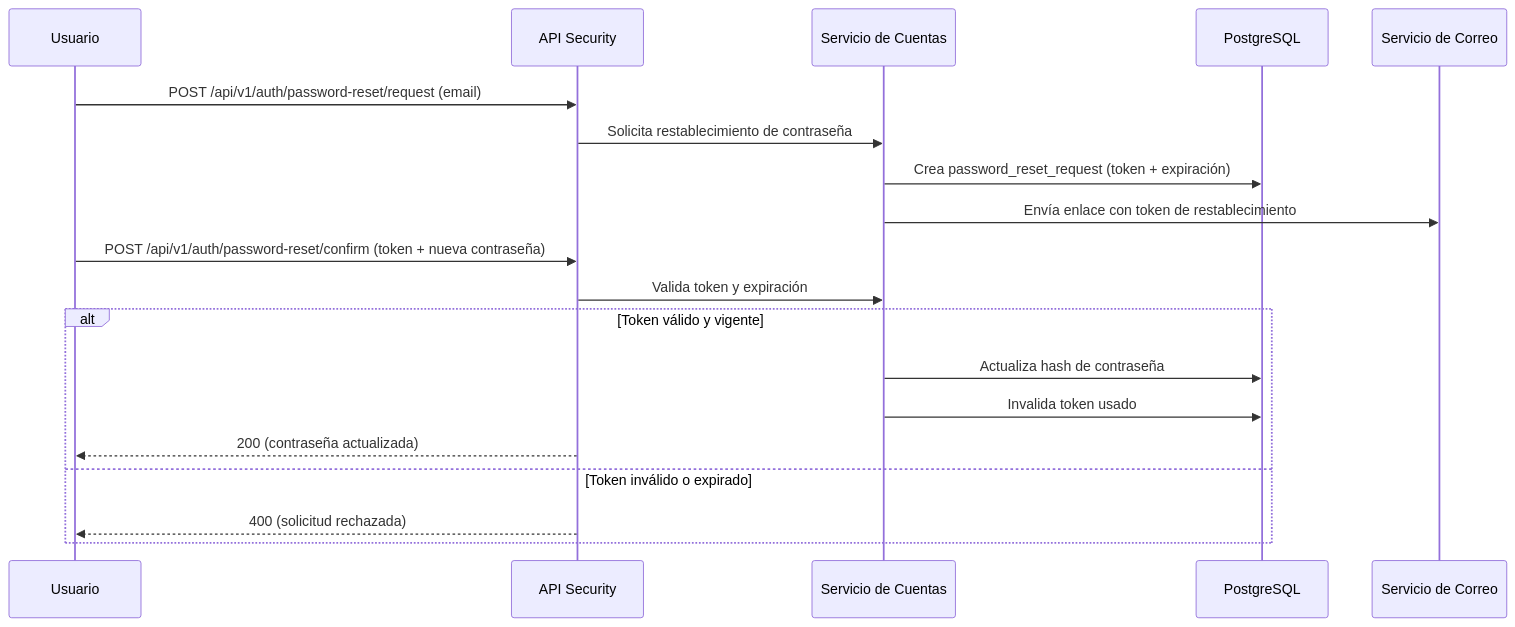
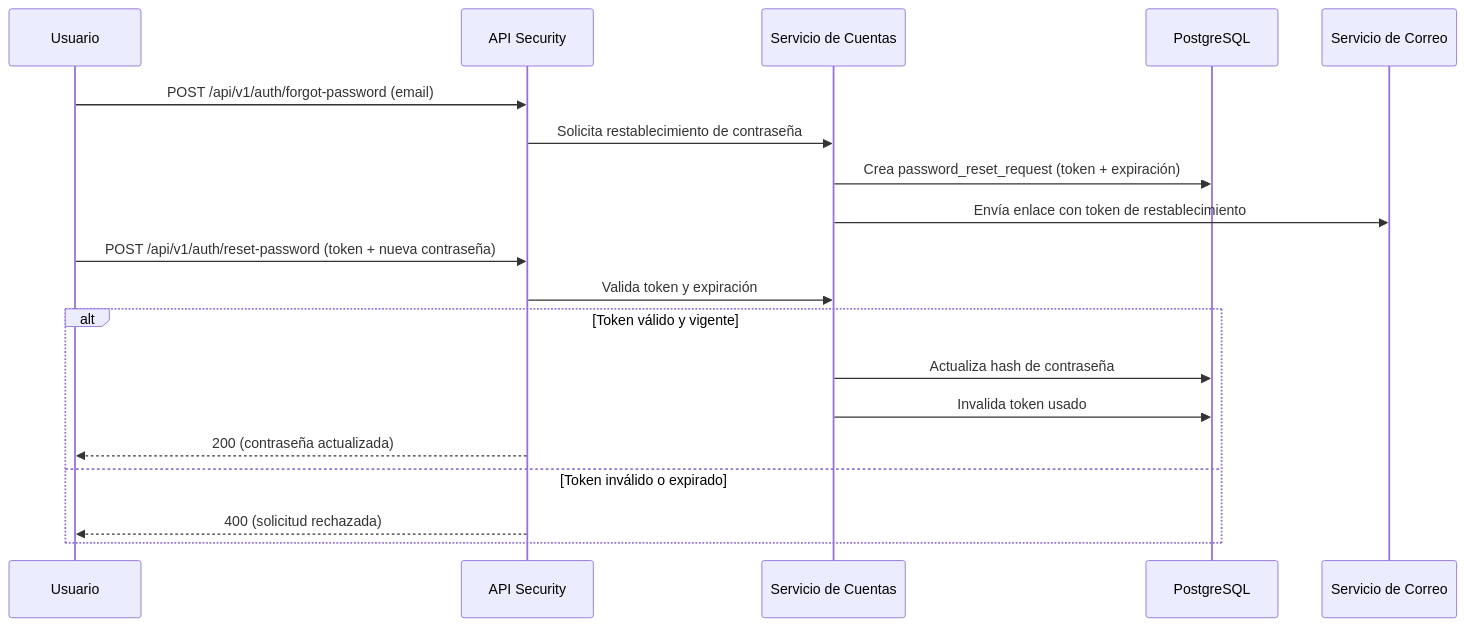
The diagram in docs/08-uml/diagrams/source/sd-password-reset.mmd (SomnGuard/somnguard-docs), drawn with Mermaid before and after one commit. The commit also changed 45 other files, not shown here.

```diff
--- a/docs/08-uml/diagrams/source/sd-password-reset.mmd
+++ b/docs/08-uml/diagrams/source/sd-password-reset.mmd
@@ -1,21 +1,21 @@
 sequenceDiagram
     participant USR as Usuario
     participant API as API Security
     participant SVC as Servicio de Cuentas
     participant DB as PostgreSQL
     participant MAIL as Servicio de Correo
 
-    USR->>API: POST /api/v1/auth/password-reset/request (email)
+    USR->>API: POST /api/v1/auth/forgot-password (email)
     API->>SVC: Solicita restablecimiento de contraseña
     SVC->>DB: Crea password_reset_request (token + expiración)
     SVC->>MAIL: Envía enlace con token de restablecimiento
-    USR->>API: POST /api/v1/auth/password-reset/confirm (token + nueva contraseña)
+    USR->>API: POST /api/v1/auth/reset-password (token + nueva contraseña)
     API->>SVC: Valida token y expiración
 
     alt Token válido y vigente
         SVC->>DB: Actualiza hash de contraseña
         SVC->>DB: Invalida token usado
         API-->>USR: 200 (contraseña actualizada)
     else Token inválido o expirado
         API-->>USR: 400 (solicitud rechazada)
     end
```
